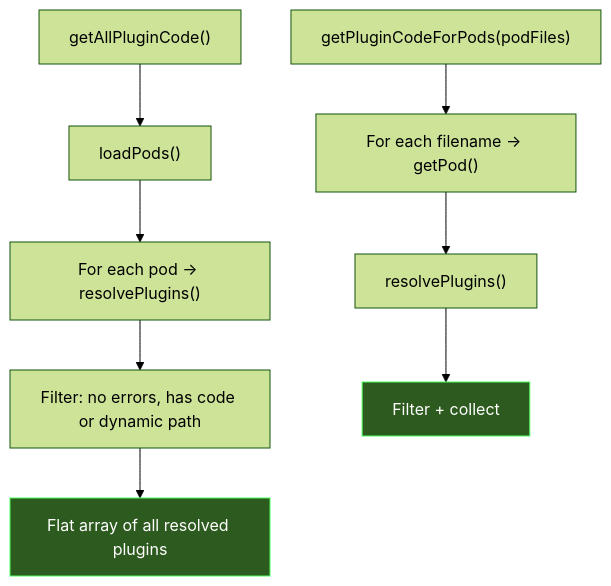
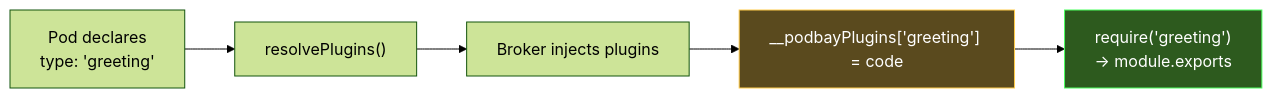
One commit to jerroldneal/podbay changed the third of 5 diagrams in lib/docs/pods.md. Above: the diagram before and after it, drawn with Mermaid (forest theme). The commit also changed other lines of this file and 110 other files, not shown here.

````diff
--- a/lib/docs/pods.md
+++ b/lib/docs/pods.md
@@ -155,14 +222,10 @@
 ```mermaid
-flowchart TD
-    A["getAllPluginCode()"] --> B["loadPods()"]
-    B --> C["For each pod → resolvePlugins()"]
-    C --> D["Filter: no errors, has code or dynamic path"]
-    D --> E["Flat array of all resolved plugins"]
+flowchart LR
+    POD["Pod declares<br/>type: 'greeting'"] --> RESOLVE["resolvePlugins()"]
+    RESOLVE --> INJECT["Broker injects plugins"]
+    INJECT --> REG["__podbayPlugins['greeting'] = code"]
+    REG --> REQ["require('greeting')<br/>→ module.exports"]
 
-    F["getPluginCodeForPods(podFiles)"] --> G["For each filename → getPod()"]
-    G --> H["resolvePlugins()"]
-    H --> I["Filter + collect"]
-
-    style E fill:#2d5a1e,stroke:#4aff5e,color:#fff
-    style I fill:#2d5a1e,stroke:#4aff5e,color:#fff
+    style REG fill:#5a4a1e,stroke:#ffcc4a,color:#fff
+    style REQ fill:#2d5a1e,stroke:#4aff5e,color:#fff
 ```
````
